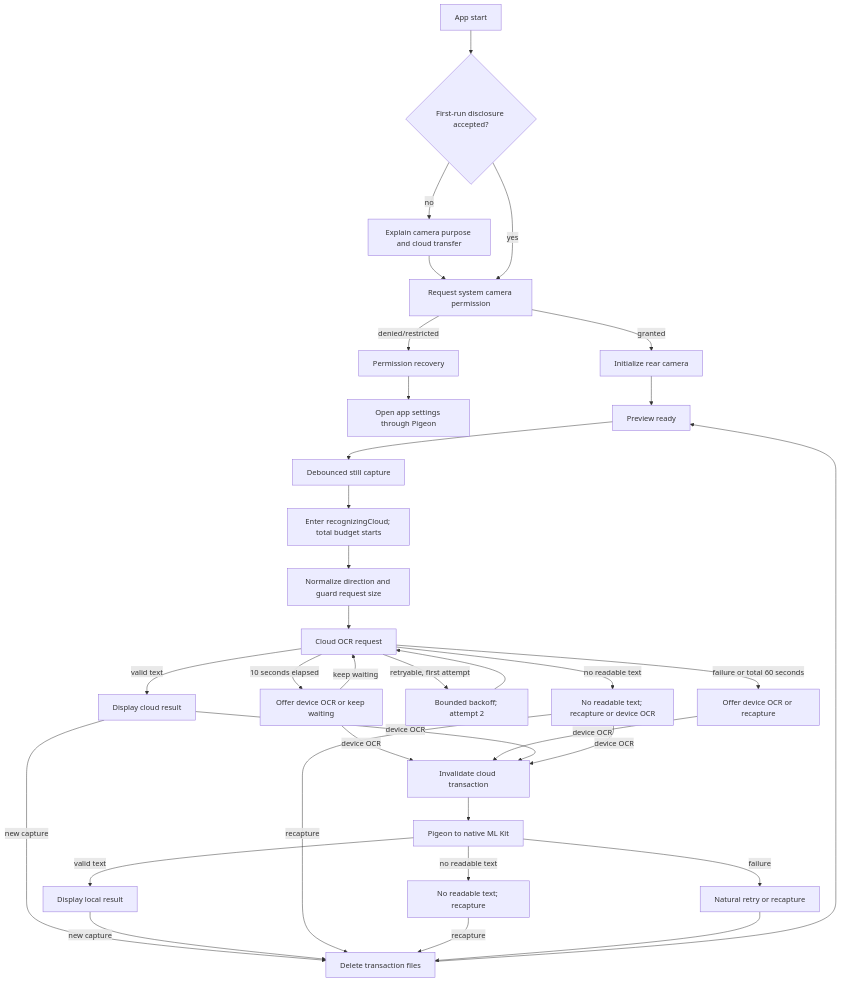
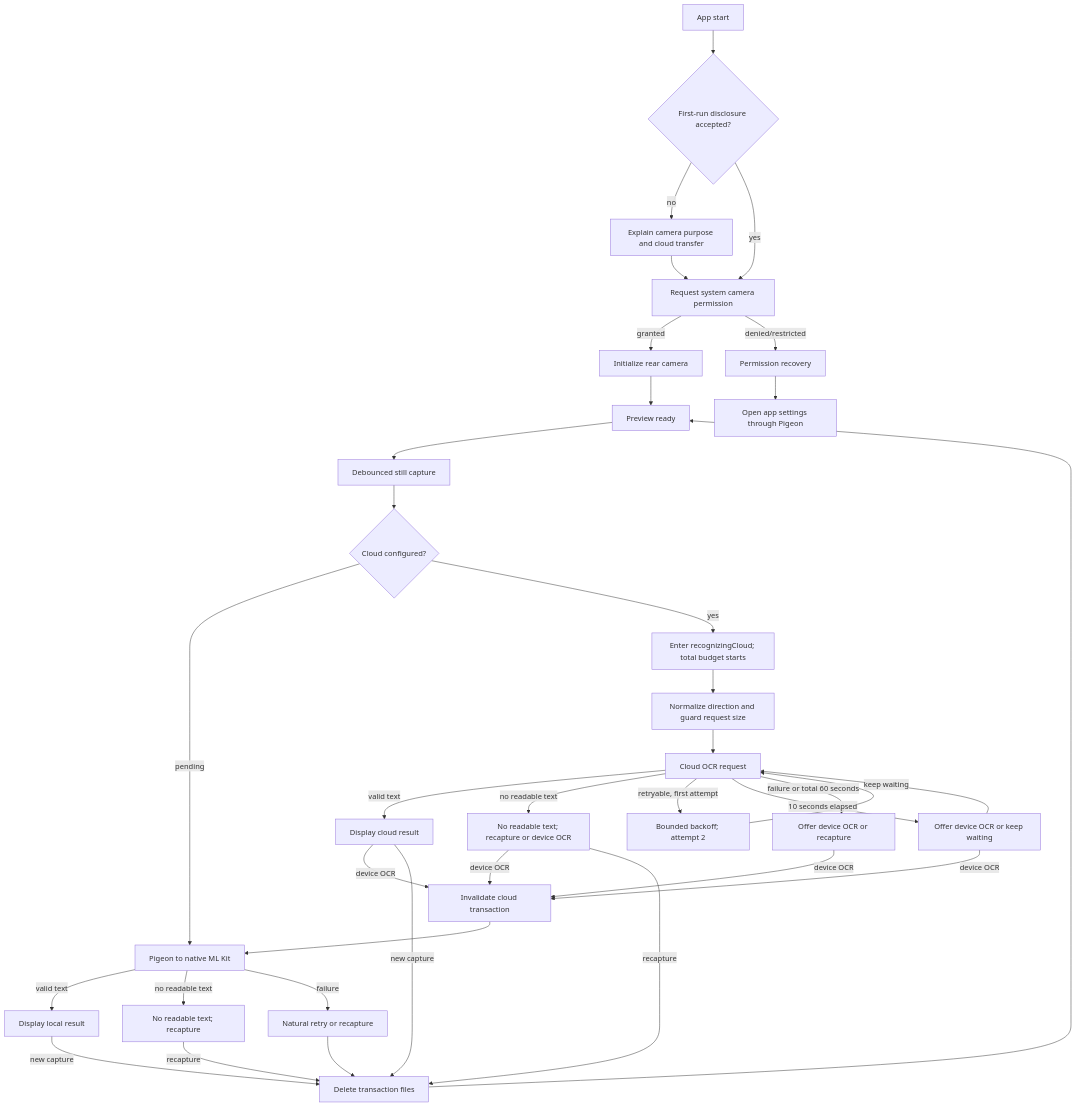
The diagram in docs/superpowers/specs/2026-09-28-altinus-camera-ocr-design.md (BongJaeChoi/altinus-ocr-assignment), drawn with Mermaid before and after one commit. The commit also changed other lines of this file and 5 other files, not shown here.

````diff
--- a/docs/superpowers/specs/2026-09-28-altinus-camera-ocr-design.md
+++ b/docs/superpowers/specs/2026-09-28-altinus-camera-ocr-design.md
@@ -104,36 +104,38 @@
 ```mermaid
 flowchart TD
     START[App start] --> DISCLOSE{First-run disclosure accepted?}
     DISCLOSE -- no --> INFO[Explain camera purpose and cloud transfer]
     INFO --> PERMISSION[Request system camera permission]
     DISCLOSE -- yes --> PERMISSION
     PERMISSION -- granted --> INIT[Initialize rear camera]
     PERMISSION -- denied/restricted --> DENIED[Permission recovery]
     DENIED --> SETTINGS[Open app settings through Pigeon]
     INIT --> PREVIEW[Preview ready]
     PREVIEW --> CAPTURE[Debounced still capture]
-    CAPTURE --> CLOUD_START[Enter recognizingCloud; total budget starts]
+    CAPTURE --> MODE{Cloud configured?}
+    MODE -->|pending| LOCAL
+    MODE -->|yes| CLOUD_START[Enter recognizingCloud; total budget starts]
     CLOUD_START --> PREPARE[Normalize direction and guard request size]
     PREPARE --> CLOUD[Cloud OCR request]
     CLOUD -->|valid text| CLOUD_RESULT[Display cloud result]
     CLOUD -->|no readable text| CLOUD_EMPTY[No readable text; recapture or device OCR]
     CLOUD -->|retryable, first attempt| RETRY[Bounded backoff; attempt 2]
     RETRY --> CLOUD
     CLOUD -->|10 seconds elapsed| SLOW[Offer device OCR or keep waiting]
     SLOW -->|keep waiting| CLOUD
     SLOW -->|device OCR| INVALIDATE[Invalidate cloud transaction]
     CLOUD -->|failure or total 60 seconds| FALLBACK[Offer device OCR or recapture]
     FALLBACK -->|device OCR| INVALIDATE
     INVALIDATE --> LOCAL[Pigeon to native ML Kit]
     LOCAL -->|valid text| LOCAL_RESULT[Display local result]
     LOCAL -->|no readable text| LOCAL_EMPTY[No readable text; recapture]
     LOCAL -->|failure| RECOVER[Natural retry or recapture]
     CLOUD_RESULT -->|device OCR| INVALIDATE
     CLOUD_RESULT -->|new capture| CLEANUP[Delete transaction files]
     LOCAL_RESULT -->|new capture| CLEANUP
     CLOUD_EMPTY -->|device OCR| INVALIDATE
     CLOUD_EMPTY -->|recapture| CLEANUP
     LOCAL_EMPTY -->|recapture| CLEANUP
     RECOVER --> CLEANUP
     CLEANUP --> PREVIEW
 ```
````
